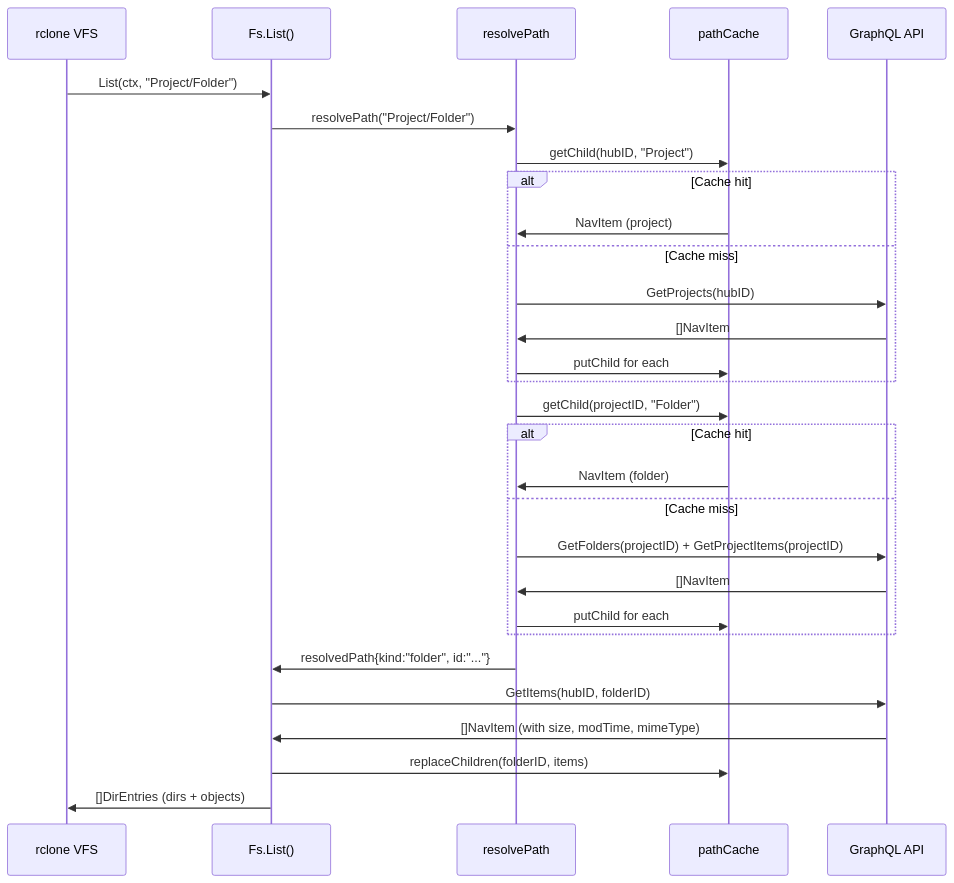
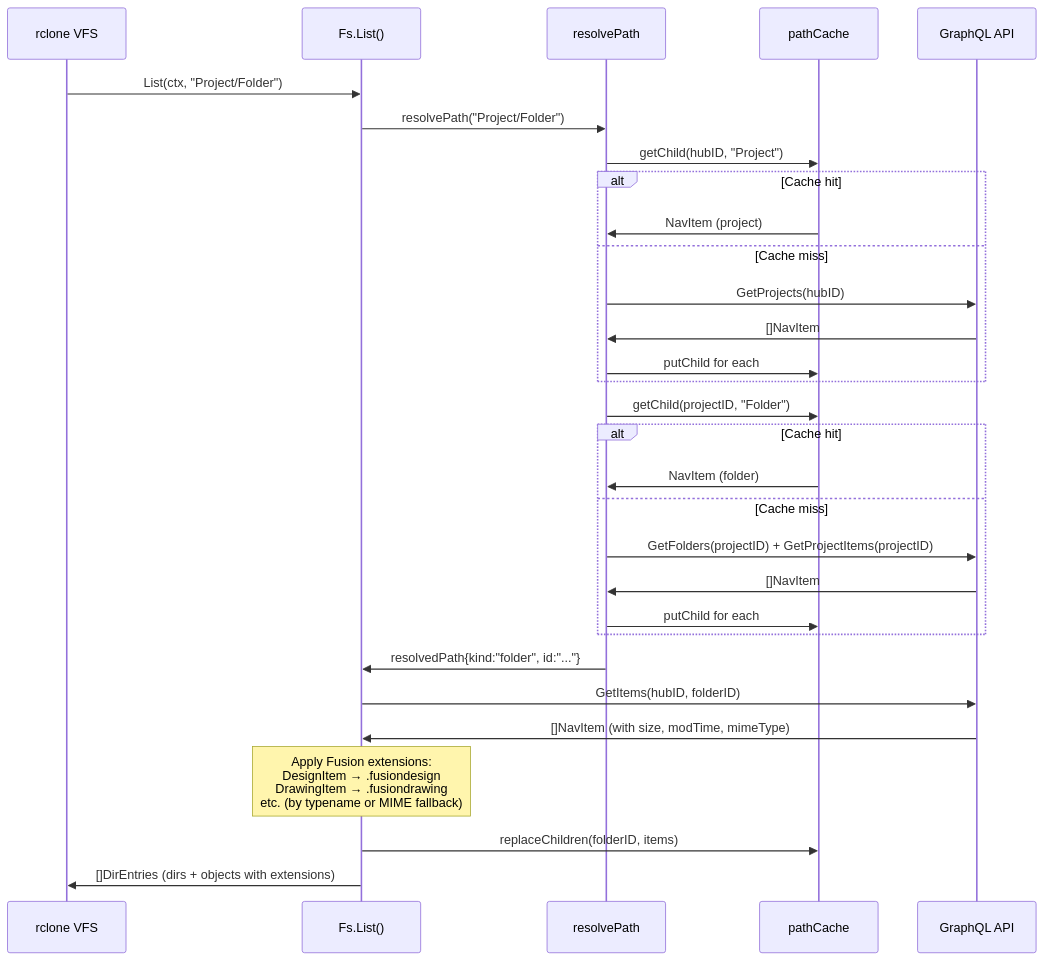
The second of 8 diagrams in docs/flows.md (schneik80/rclone-fusiondata), drawn with Mermaid before and after one commit. The commit also changed 3 other files, not shown here.

````diff
--- a/docs/flows.md
+++ b/docs/flows.md
@@ -44,37 +44,39 @@
 ```mermaid
 sequenceDiagram
     participant VFS as rclone VFS
     participant Fs as Fs.List()
     participant Path as resolvePath
     participant Cache as pathCache
     participant GQL as GraphQL API
 
     VFS->>Fs: List(ctx, "Project/Folder")
     Fs->>Path: resolvePath("Project/Folder")
 
     Path->>Cache: getChild(hubID, "Project")
     alt Cache hit
         Cache->>Path: NavItem (project)
     else Cache miss
         Path->>GQL: GetProjects(hubID)
         GQL->>Path: []NavItem
         Path->>Cache: putChild for each
     end
 
     Path->>Cache: getChild(projectID, "Folder")
     alt Cache hit
         Cache->>Path: NavItem (folder)
     else Cache miss
         Path->>GQL: GetFolders(projectID) + GetProjectItems(projectID)
         GQL->>Path: []NavItem
         Path->>Cache: putChild for each
     end
 
     Path->>Fs: resolvedPath{kind:"folder", id:"..."}
 
     Fs->>GQL: GetItems(hubID, folderID)
     GQL->>Fs: []NavItem (with size, modTime, mimeType)
 
+    Note over Fs: Apply Fusion extensions:<br/>DesignItem → .fusiondesign<br/>DrawingItem → .fusiondrawing<br/>etc. (by typename or MIME fallback)
+
     Fs->>Cache: replaceChildren(folderID, items)
-    Fs->>VFS: []DirEntries (dirs + objects)
+    Fs->>VFS: []DirEntries (dirs + objects with extensions)
 ```
````
